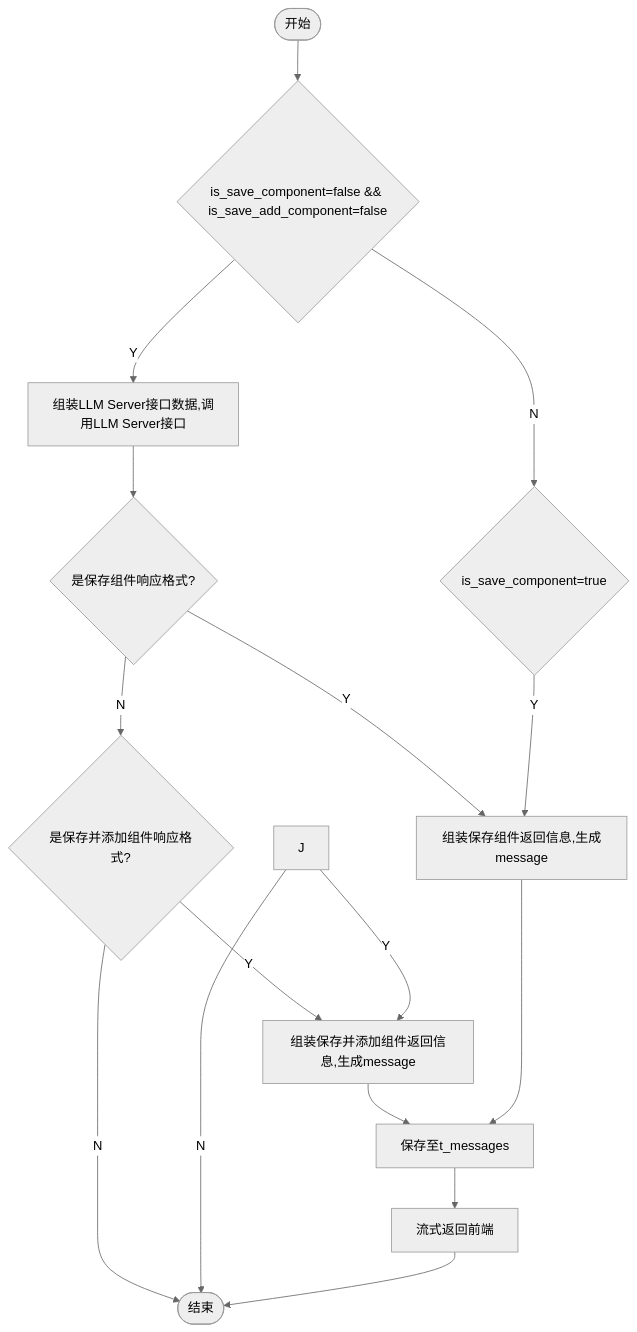
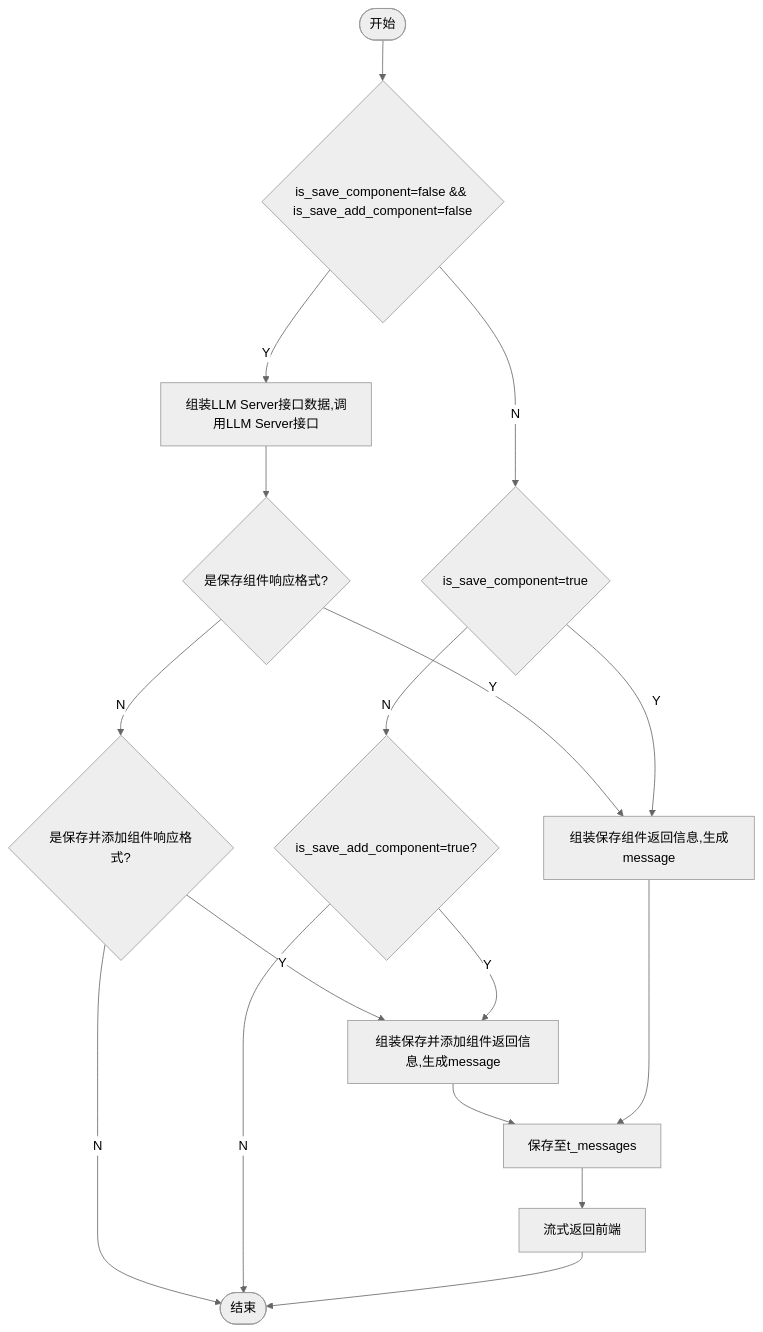
The diagram in all/未命名-7.md (yingjianzh/iodraw-files), drawn with Mermaid (neutral theme) before and after one commit.

Commit message:
2024-10-12 14:18:42 update

````diff
--- a/all/未命名-7.md
+++ b/all/未命名-7.md
@@ -1,22 +1,21 @@
 ```mermaid
 flowchart TD
     A([开始]) --> B{is_save_component=false && is_save_add_component=false}
     B -- Y --> C[组装LLM Server接口数据,调用LLM Server接口]
     B -- N --> D{is_save_component=true}
     C --> E{是保存组件响应格式?}
     E -- Y --> F[组装保存组件返回信息,生成message]
     E -- N --> L{是保存并添加组件响应格式?}
     L -- Y --> K
     L -- N --> I
-    
     D -- Y --> F
-    
+    D -- N --> J{is_save_add_component=true?}
     J -- Y --> K[组装保存并添加组件返回信息,生成message]
     K --> G
     J -- N --> I
     F --> G[保存至t_messages]
     G --> H[流式返回前端]
     H --> I([结束])
     
 
 ```
````
